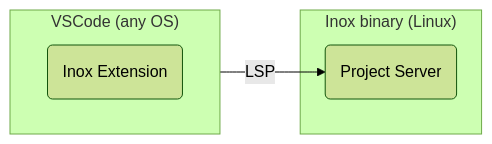
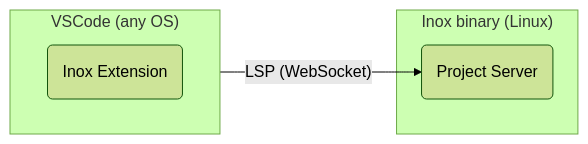
The second of 2 diagrams in README.md (inoxlang/inox), drawn with Mermaid (forest theme) before and after one commit. The commit also changed other lines of this file, not shown here.

````diff
--- a/README.md
+++ b/README.md
@@ -134,14 +138,14 @@
 ```mermaid
 graph LR
 
 subgraph VSCode["VSCode (any OS)"]
   direction LR
   InoxExtension(Inox Extension)
 end
 
-InoxExtension -->|LSP| ProjectServer
+InoxExtension -->|"LSP (WebSocket)"| ProjectServer
 
 subgraph InoxBinary["Inox binary (Linux)"]
   ProjectServer(Project Server)
 end
 ```
````
